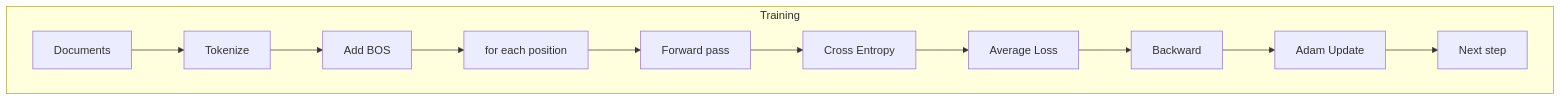
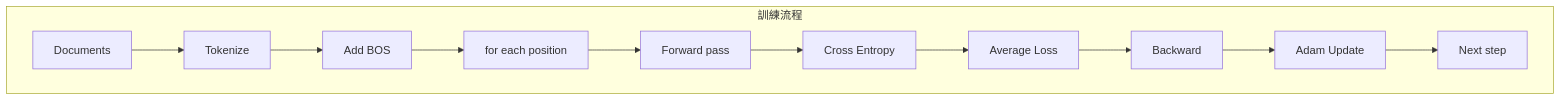
Before and after one commit to ccc-py/computer_science: the third of 3 diagrams in ai/nn/nn0/nn0py/gpt0.md, drawn with Mermaid. The commit also changed other lines of this file and 20 other files, not shown here.

````diff
--- a/ai/nn/nn0/nn0py/gpt0.md
+++ b/ai/nn/nn0/nn0py/gpt0.md
@@ -144,14 +687,14 @@
 ```mermaid
 flowchart TB
-    subgraph Training
+    subgraph "訓練流程"
         DOC[Documents] --> Token[Tokenize]
         Token --> BOS[Add BOS]
         BOS --> Loop[for each position]
         Loop --> FW[Forward pass]
         FW --> Loss[Cross Entropy]
         Loss --> Avg[Average Loss]
         Avg --> BP[Backward]
         BP --> Update[Adam Update]
         Update --> Next[Next step]
     end
 ```
````
